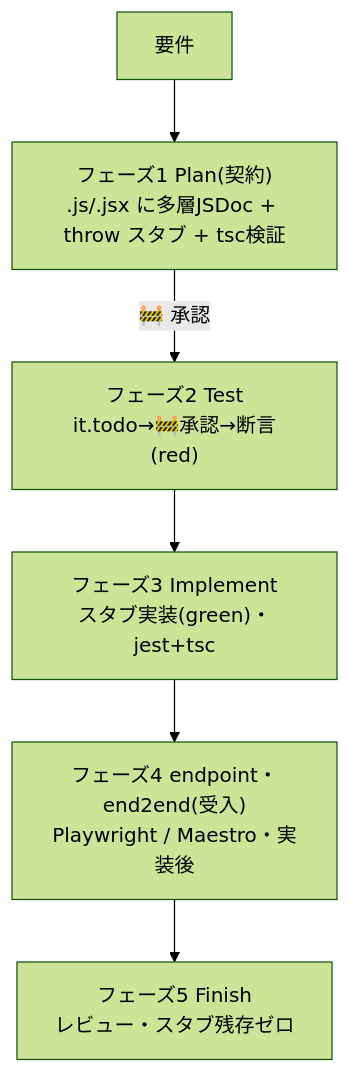
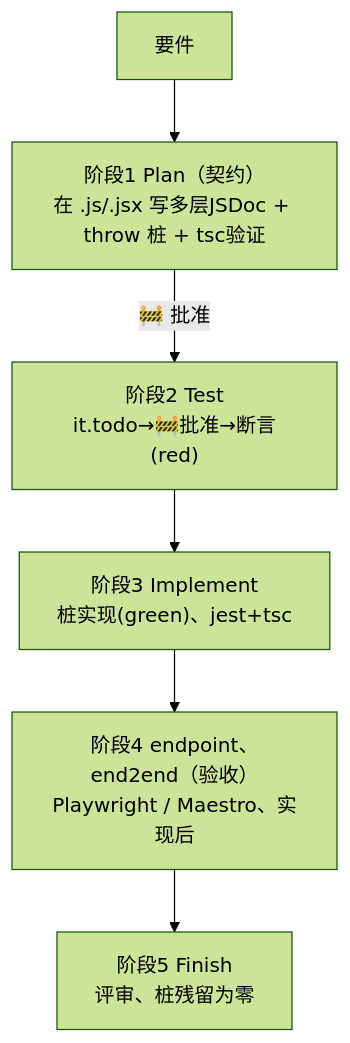
The first of 2 diagrams in skills/supa-tdd/SKILL.md (magcen-zone/supadevops), drawn with Mermaid (forest theme) before and after one commit. The commit also changed other lines of this file and 11 other files, not shown here.

````diff
--- a/skills/supa-tdd/SKILL.md
+++ b/skills/supa-tdd/SKILL.md
@@ -21,8 +21,8 @@
 ```mermaid
 flowchart TD
-    R["要件"] --> P1["フェーズ1 Plan(契約)<br/>.js/.jsx に多層JSDoc + throw スタブ + tsc検証"]
-    P1 -->|🚧 承認| P2["フェーズ2 Test<br/>it.todo→🚧承認→断言(red)"]
-    P2 --> P3["フェーズ3 Implement<br/>スタブ実装(green)・jest+tsc"]
-    P3 --> P4["フェーズ4 endpoint・end2end(受入)<br/>Playwright / Maestro・実装後"]
-    P4 --> P5["フェーズ5 Finish<br/>レビュー・スタブ残存ゼロ"]
+    R["要件"] --> P1["阶段1 Plan（契约）<br/>在 .js/.jsx 写多层JSDoc + throw 桩 + tsc验证"]
+    P1 -->|🚧 批准| P2["阶段2 Test<br/>it.todo→🚧批准→断言(red)"]
+    P2 --> P3["阶段3 Implement<br/>桩实现(green)、jest+tsc"]
+    P3 --> P4["阶段4 endpoint、end2end（验收）<br/>Playwright / Maestro、实现后"]
+    P4 --> P5["阶段5 Finish<br/>评审、桩残留为零"]
 ```
````
